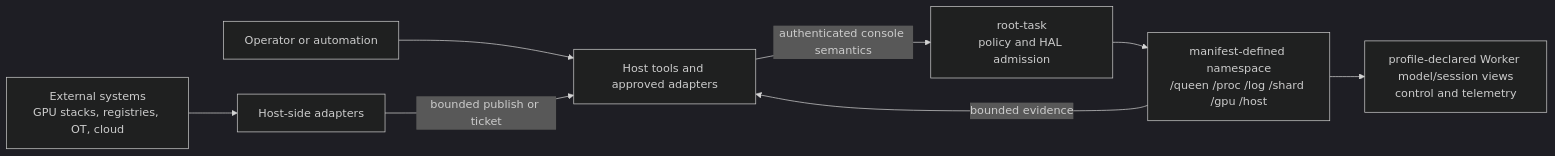
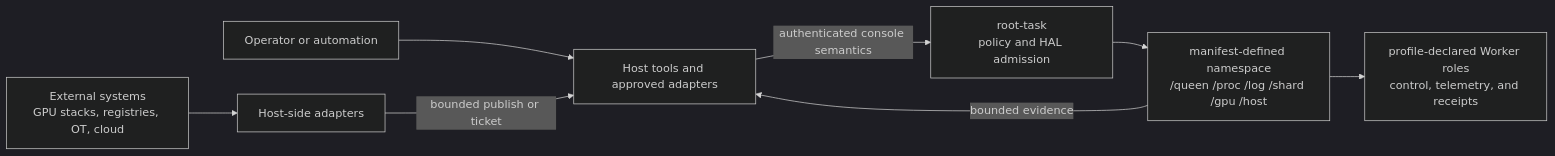
The first of 2 diagrams in docs/USE_CASES.md (lukeb-aidev/cohesix), drawn with Mermaid (dark theme) before and after one commit. The commit also changed other lines of this file and 25 other files, not shown here.

````diff
--- a/docs/USE_CASES.md
+++ b/docs/USE_CASES.md
@@ -50,10 +53,10 @@
 ```mermaid
 flowchart LR
   Operator["Operator or automation"] --> Tools["Host tools and approved adapters"]
   Tools -->|"authenticated console semantics"| Root["root-task\npolicy and HAL admission"]
   Root --> Namespace["manifest-defined namespace\n/queen /proc /log /shard /gpu /host"]
-  Namespace --> Workers["profile-declared Worker model/session views\ncontrol and telemetry"]
+  Namespace --> Workers["profile-declared Worker roles\ncontrol, telemetry, and receipts"]
   External["External systems\nGPU stacks, registries, OT, cloud"] --> Adapters["Host-side adapters"]
   Adapters -->|"bounded publish or ticket"| Tools
   Namespace -->|"bounded evidence"| Tools
 ```
````
